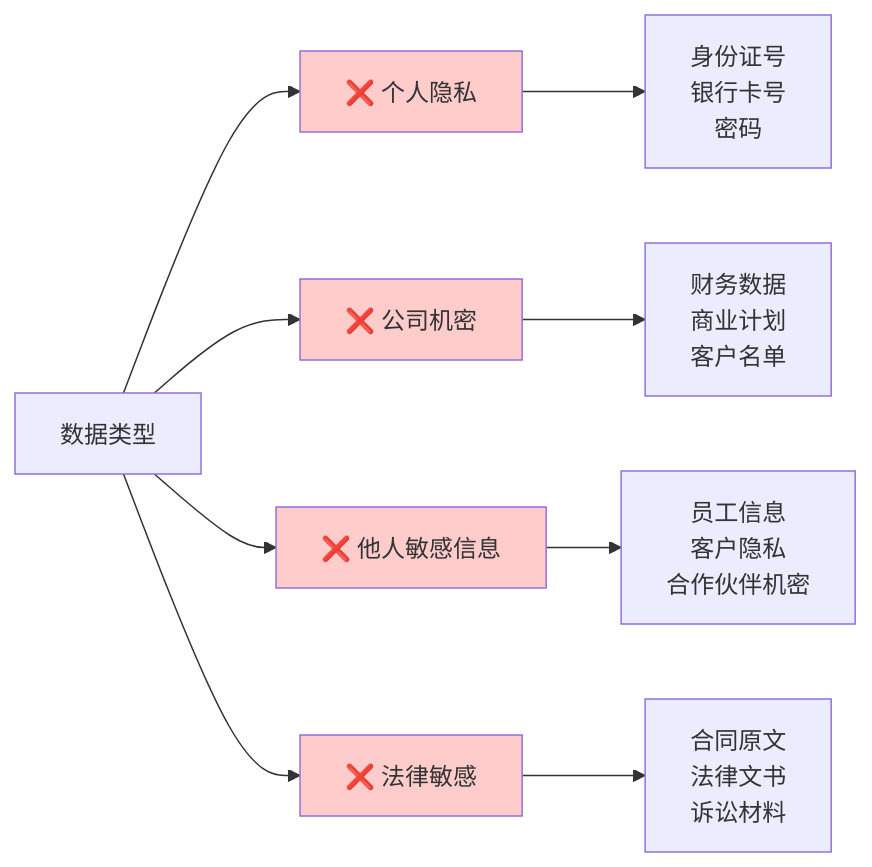
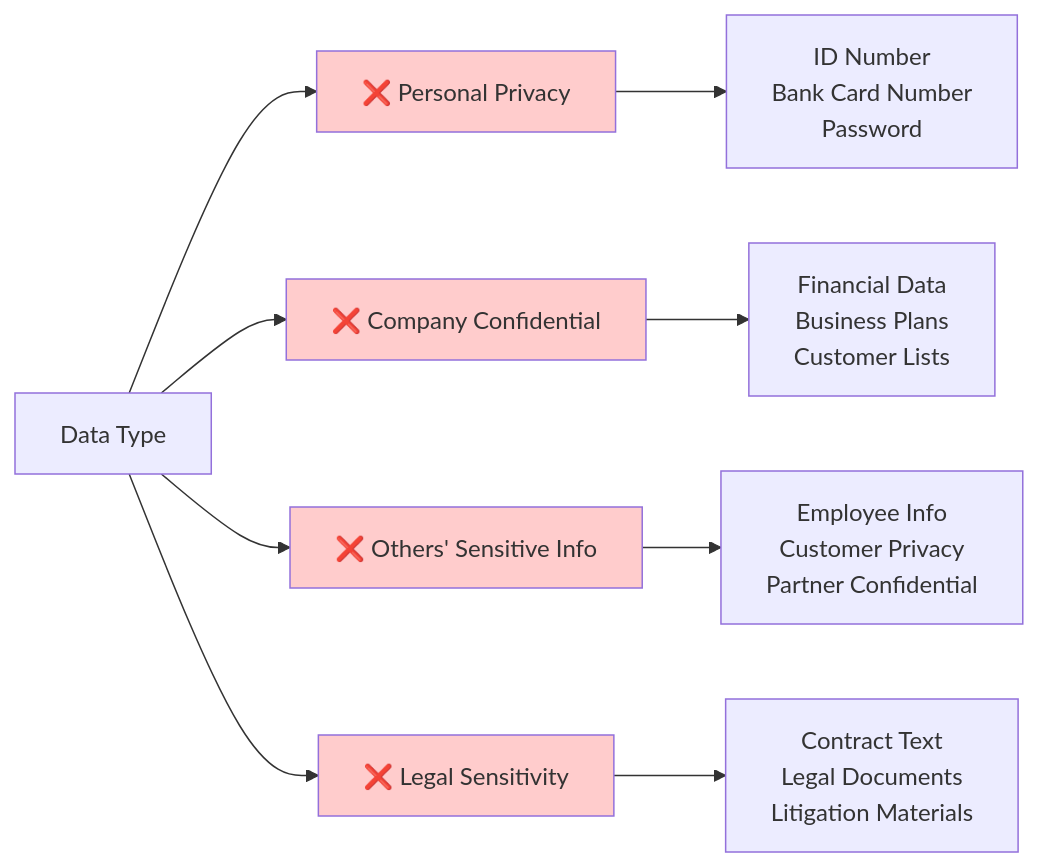
One commit to tianhongTina/ai-literacy-bootcamp changed the second of 3 diagrams in docs/lessons/lesson-7.md. Above: the diagram before and after it, drawn with Mermaid. The commit also changed other lines of this file and 18 other files, not shown here.

````diff
--- a/docs/lessons/lesson-7.md
+++ b/docs/lessons/lesson-7.md
@@ -72,17 +72,17 @@
 ```mermaid
 graph LR
-    A[数据类型] --> B[❌ 个人隐私]
-    A --> C[❌ 公司机密]
-    A --> D[❌ 他人敏感信息]
-    A --> E[❌ 法律敏感]
+    A[Data Type] --> B[❌ Personal Privacy]
+    A --> C[❌ Company Confidential]
+    A --> D[❌ Others' Sensitive Info]
+    A --> E[❌ Legal Sensitivity]
     
-    B --> B1[身份证号<br/>银行卡号<br/>密码]
-    C --> C1[财务数据<br/>商业计划<br/>客户名单]
-    D --> D1[员工信息<br/>客户隐私<br/>合作伙伴机密]
-    E --> E1[合同原文<br/>法律文书<br/>诉讼材料]
+    B --> B1[ID Number<br/>Bank Card Number<br/>Password]
+    C --> C1[Financial Data<br/>Business Plans<br/>Customer Lists]
+    D --> D1[Employee Info<br/>Customer Privacy<br/>Partner Confidential]
+    E --> E1[Contract Text<br/>Legal Documents<br/>Litigation Materials]
     
     style B fill:#ffcccc
     style C fill:#ffcccc
     style D fill:#ffcccc
     style E fill:#ffcccc
 ```
````
